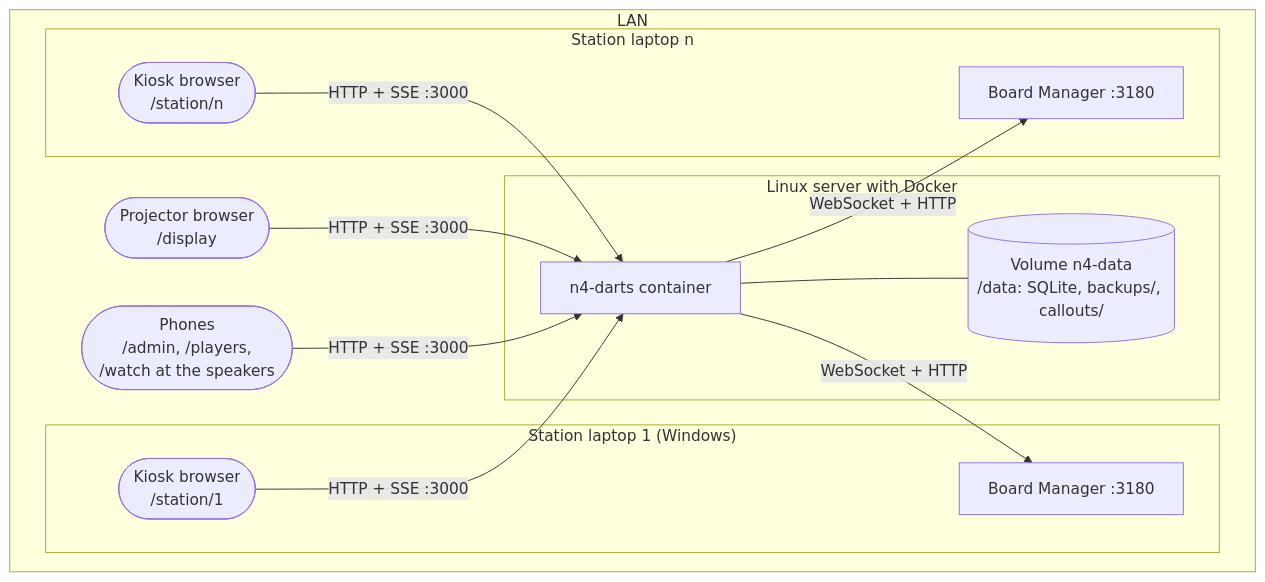
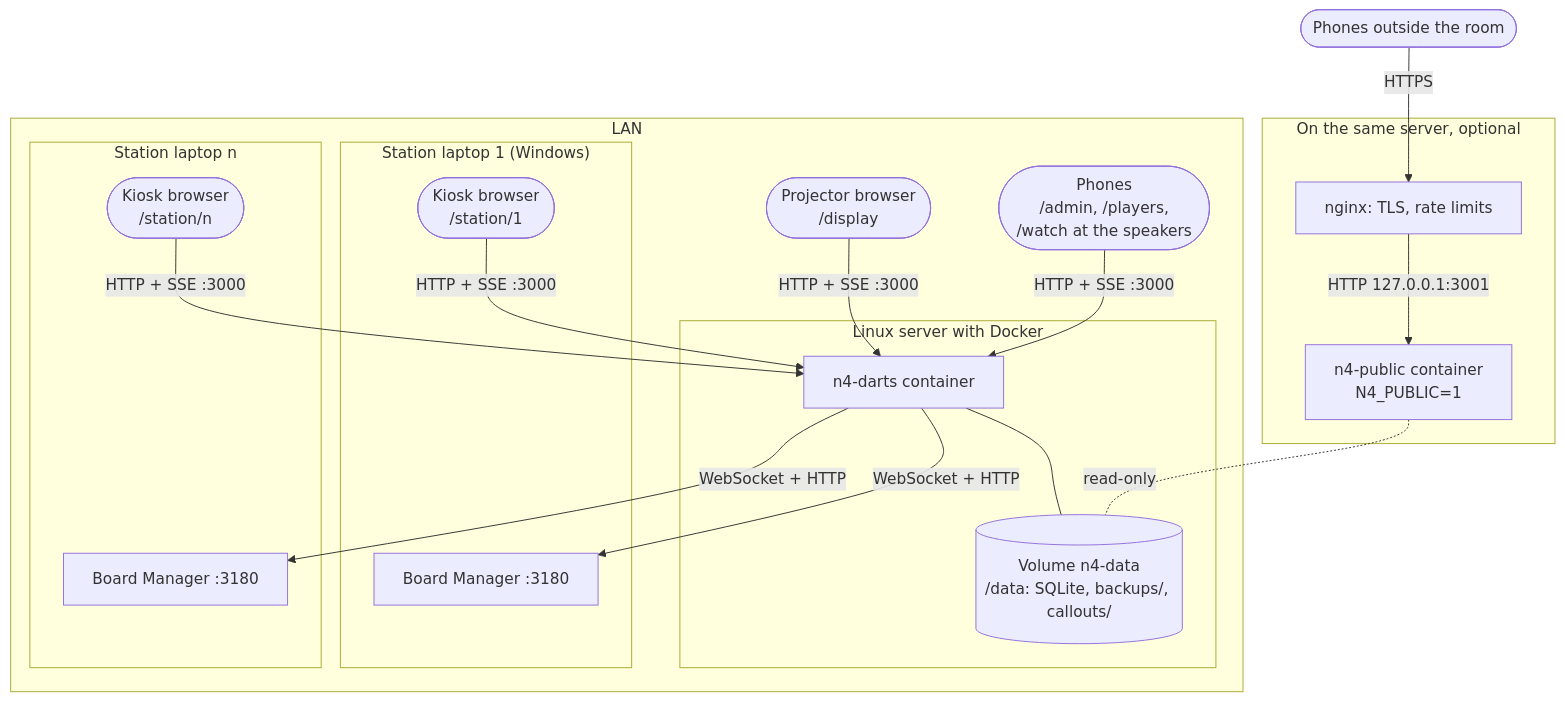
One commit to sverbach/n4-darts changed the diagram in docs/architecture/07-deployment-view.md. Above: the diagram before and after it, drawn with Mermaid. The commit also changed other lines of this file and 13 other files, not shown here.

Commit message:
Deploying the public site: compose service, nginx example, README, ADR 0008, architecture (public-stats 07)

````diff
--- a/docs/architecture/07-deployment-view.md
+++ b/docs/architecture/07-deployment-view.md
@@ -5,24 +5,32 @@
 ```mermaid
 flowchart TB
     subgraph lan["LAN"]
         subgraph server["Linux server with Docker"]
             container["n4-darts container<br/>"]
             volume[("Volume n4-data<br/>/data: SQLite, backups/, callouts/")]
             container --- volume
         end
         subgraph laptop1["Station laptop 1 (Windows)"]
             bm1["Board Manager :3180"]
             kiosk1(["Kiosk browser<br/>/station/1"])
         end
         subgraph laptopN["Station laptop n"]
             bmN["Board Manager :3180"]
             kioskN(["Kiosk browser<br/>/station/n"])
         end
         projector(["Projector browser<br/>/display"])
         phones(["Phones<br/>/admin, /players,<br/>/watch at the speakers"])
     end
+    subgraph home["On the same server, optional"]
+        nginx["nginx: TLS, rate limits"]
+        public["n4-public container<br/>N4_PUBLIC=1"]
+    end
+    internet(["Phones outside the room"])
+
+    internet -- "HTTPS" --> nginx -- "HTTP 127.0.0.1:3001" --> public
+    public -. "read-only" .- volume
 
     container -- "WebSocket + HTTP" --> bm1
     container -- "WebSocket + HTTP" --> bmN
     kiosk1 & kioskN & projector & phones -- "HTTP + SSE :3000" --> container
 ```
````
